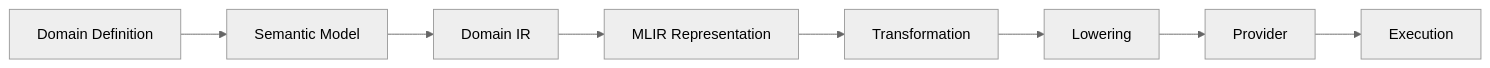
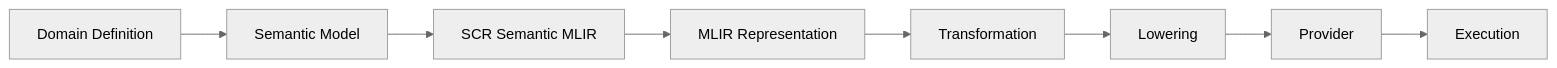
One commit to zharia/Semantic-Computational-Runtime changed the ninth of 21 diagrams in 002_GETTING_STARTED.md. Above: the diagram before and after it, drawn with Mermaid (neutral theme). The commit also changed other lines of this file and 47 other files, not shown here.

First line of the commit message:
feat: MLIR-first architectural alignment pass

````diff
--- a/002_GETTING_STARTED.md
+++ b/002_GETTING_STARTED.md
@@ -772,13 +772,13 @@
 ```mermaid
 flowchart LR
     A["Domain Definition"]
     B["Semantic Model"]
-    C["Domain IR"]
+    C["SCR Semantic MLIR"]
     D["MLIR Representation"]
     E["Transformation"]
     F["Lowering"]
     G["Provider"]
     H["Execution"]
 
     A --> B --> C --> D --> E --> F --> G --> H
 ```
````
